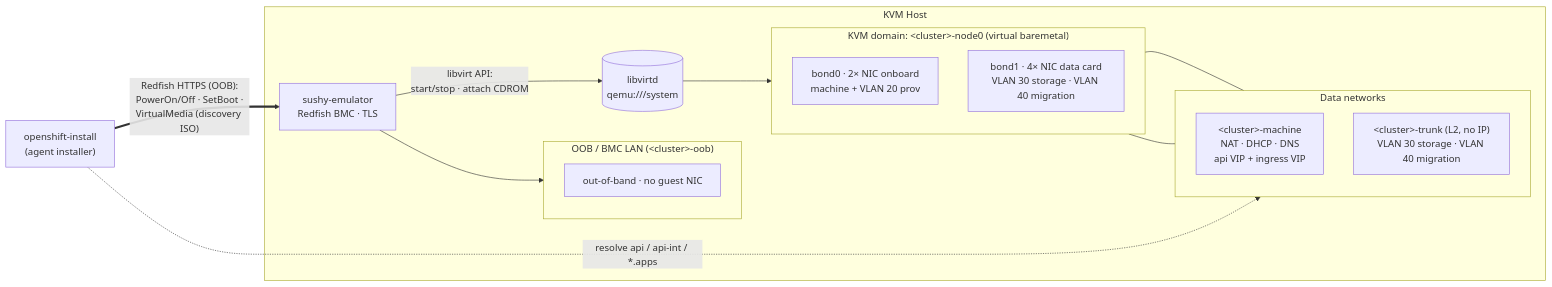
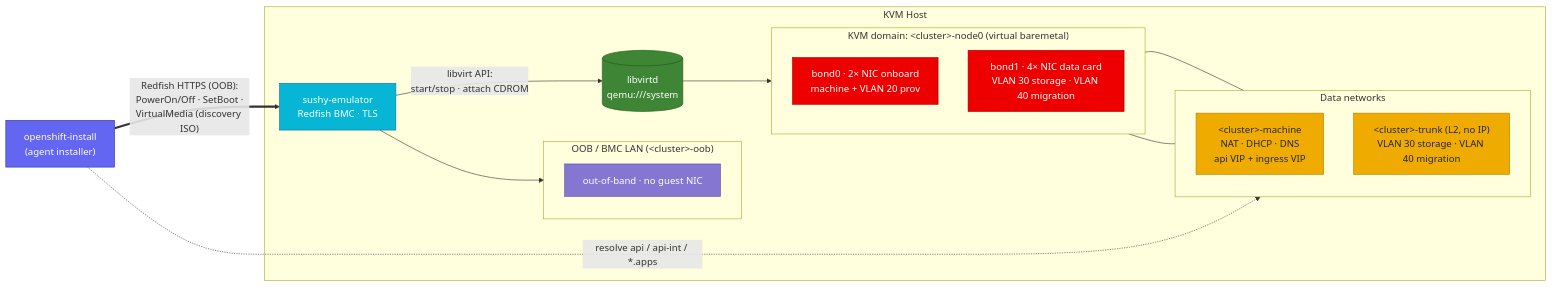
One commit to maci0/vmetal-openshift changed the third of 10 diagrams in docs/architecture.md. Above: the diagram before and after it, drawn with Mermaid. The commit also changed other lines of this file and 14 other files, not shown here.

First line of the commit message:
docs: colour the diagrams (Red Hat refarch palette), drop beautiful-mermaid pipeline

````diff
--- a/docs/architecture.md
+++ b/docs/architecture.md
@@ -130,36 +139,41 @@
 ```mermaid
 flowchart LR
   installer["openshift-install<br/>(agent installer)"]
 
   subgraph host["KVM Host"]
     sushy["sushy-emulator<br/>Redfish BMC · TLS"]
     libvirt[("libvirtd<br/>qemu:///system")]
 
     subgraph oob["OOB / BMC LAN (&lt;cluster&gt;-oob)"]
       direction TB
       oobnote["out-of-band · no guest NIC"]
     end
 
     subgraph data["Data networks"]
       direction TB
       mnet["&lt;cluster&gt;-machine<br/>NAT · DHCP · DNS<br/>api VIP + ingress VIP"]
       tnet["&lt;cluster&gt;-trunk (L2, no IP)<br/>VLAN 30 storage · VLAN 40 migration"]
     end
 
     subgraph node0["KVM domain: &lt;cluster&gt;-node0 (virtual baremetal)"]
       direction TB
       b0["bond0 · 2× NIC onboard<br/>machine + VLAN 20 prov"]
       b1["bond1 · 4× NIC data card<br/>VLAN 30 storage · VLAN 40 migration"]
     end
   end
 
   installer == "Redfish HTTPS (OOB):<br/>PowerOn/Off · SetBoot ·<br/>VirtualMedia (discovery ISO)" ==> sushy
   sushy --> oob
   sushy -- "libvirt API:<br/>start/stop · attach CDROM" --> libvirt
   libvirt --> node0
   b0 --- mnet
   b1 --- tnet
   installer -. "resolve api / api-int / *.apps" .-> mnet
-
-
+  classDef inst fill:#6366f1,stroke:#3730a3,color:#fff;
+  classDef bmc fill:#06b6d4,stroke:#0e7490,color:#fff;
+  classDef virt fill:#3e8635,stroke:#1f5419,color:#fff;
+  classDef net fill:#f0ab00,stroke:#b07e00,color:#1f2937;
+  classDef oobc fill:#8476d1,stroke:#5d4fa3,color:#fff;
+  classDef vm fill:#ee0000,stroke:#a30000,color:#fff;
+  class installer inst; class sushy bmc; class libvirt virt; class mnet,tnet net; class oobnote oobc; class b0,b1 vm;
 ```
````
